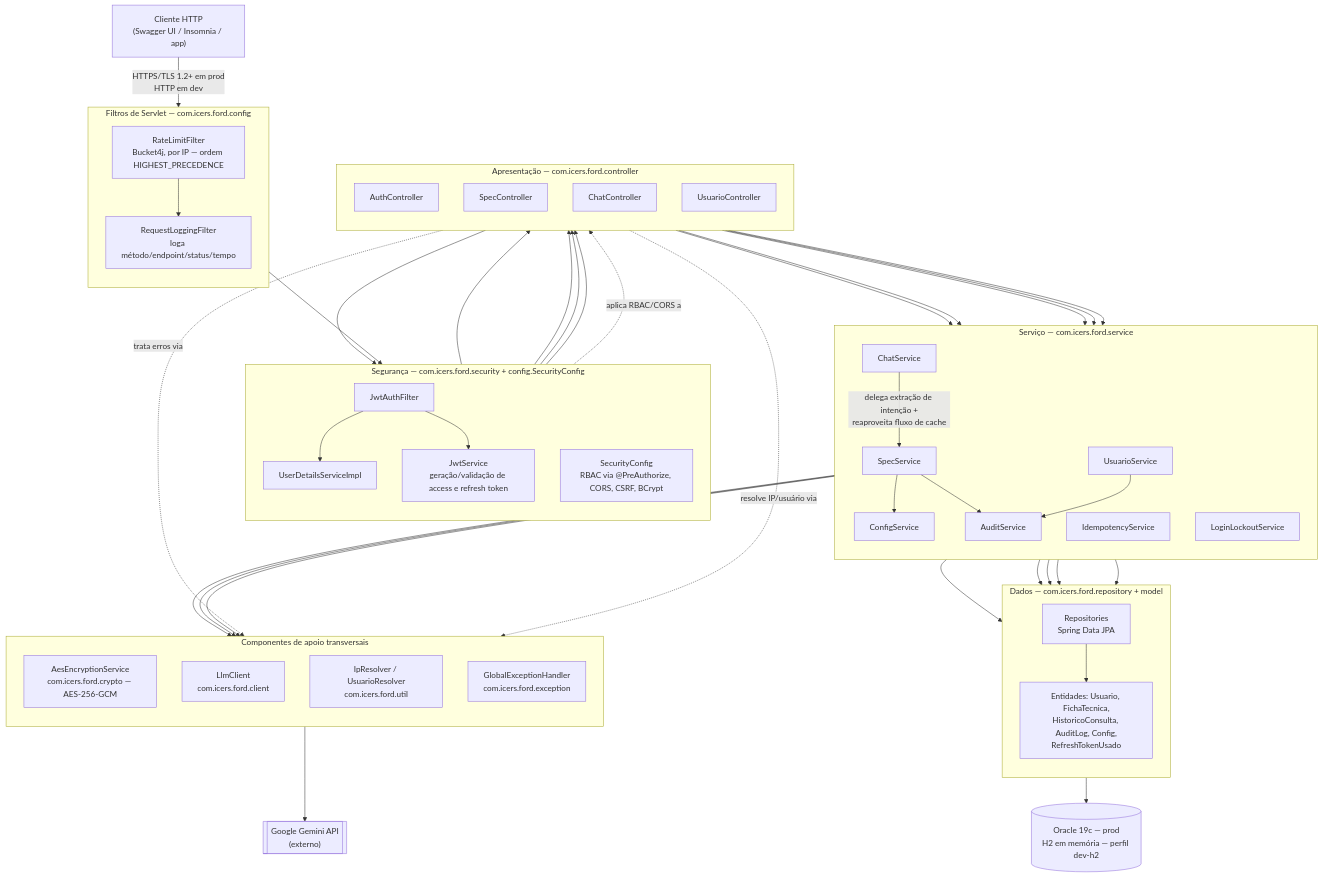
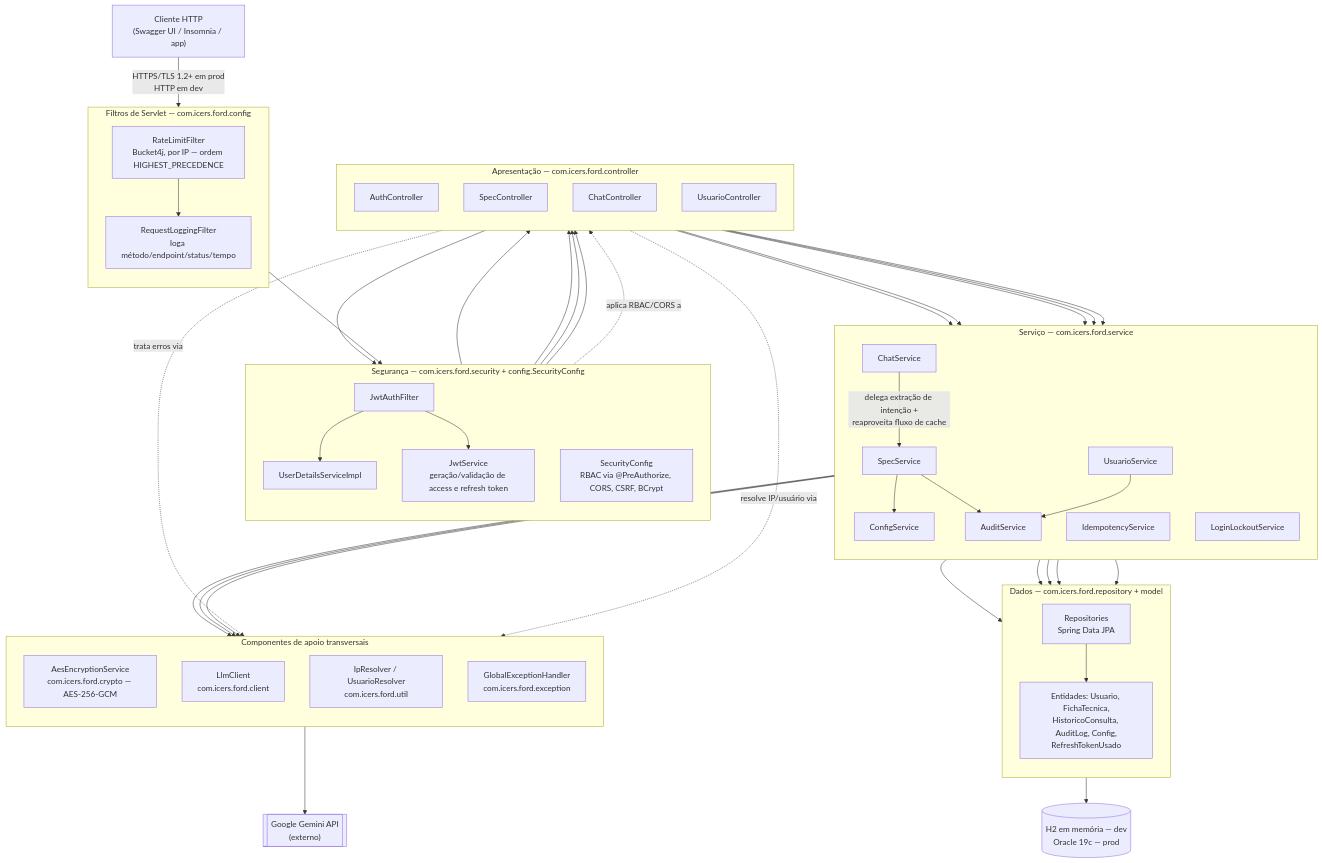
The diagram in docs/Sprint1/documentacao-soa-sprint1.md (renan-utida/Sprint-Ford-icers-API), drawn with Mermaid before and after one commit. The commit also changed other lines of this file and 4 other files, not shown here.

```diff
--- a/docs/Sprint1/documentacao-soa-sprint1.md
+++ b/docs/Sprint1/documentacao-soa-sprint1.md
@@ -120,7 +120,7 @@
         Model["Entidades: Usuario, FichaTecnica,<br/>HistoricoConsulta, AuditLog, Config,<br/>RefreshTokenUsado"]
     end
 
-    DB[("Oracle 19c — prod<br/>H2 em memória — perfil dev-h2")]
+    DB[("H2 em memória — dev<br/>Oracle 19c — prod")]
     Gemini[["Google Gemini API<br/>(externo)"]]
 
     Client -->|"HTTPS/TLS 1.2+ em prod<br/>HTTP em dev"| RLF
```
